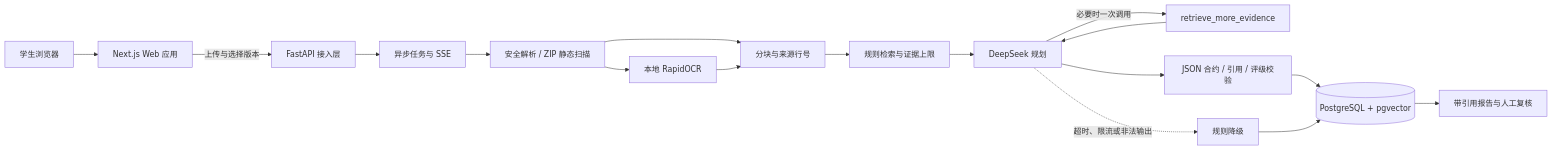
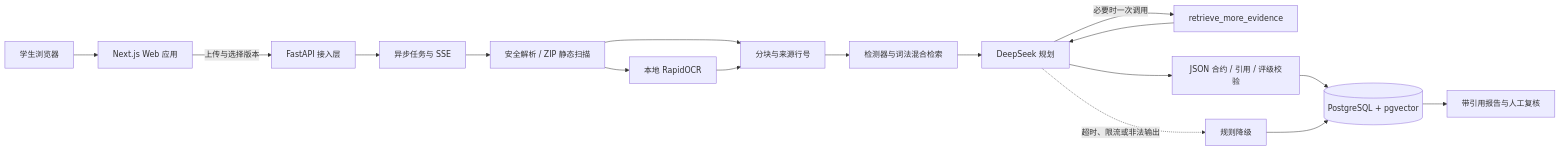
One commit to hahaandxixi/careerproof changed the diagram in docs/提交资料骨架.md. Above: the diagram before and after it, drawn with Mermaid. The commit also changed other lines of this file and 17 other files, not shown here.

````diff
--- a/docs/提交资料骨架.md
+++ b/docs/提交资料骨架.md
@@ -41,19 +41,19 @@
 ```mermaid
 flowchart LR
     U[学生浏览器] --> A[Next.js Web 应用]
     A -->|上传与选择版本| API[FastAPI 接入层]
     API --> T[异步任务与 SSE]
     T --> P[安全解析 / ZIP 静态扫描]
     P --> O[本地 RapidOCR]
     P --> C[分块与来源行号]
     O --> C
-    C --> R[规则检索与证据上限]
+    C --> R[检测器与词法混合检索]
     R --> D[DeepSeek 规划]
     D -->|必要时一次调用| F[retrieve_more_evidence]
     F --> D
     D --> V[JSON 合约 / 引用 / 评级校验]
     D -. 超时、限流或非法输出 .-> G[规则降级]
     V --> DB[(PostgreSQL + pgvector)]
     G --> DB
     DB --> H[带引用报告与人工复核]
 ```
````
